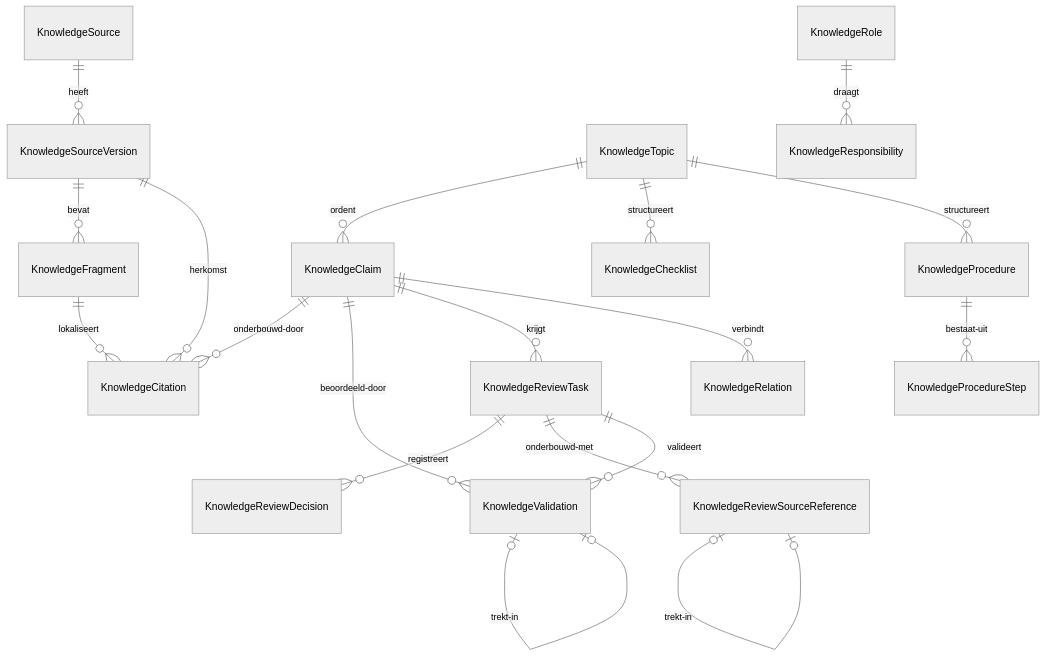
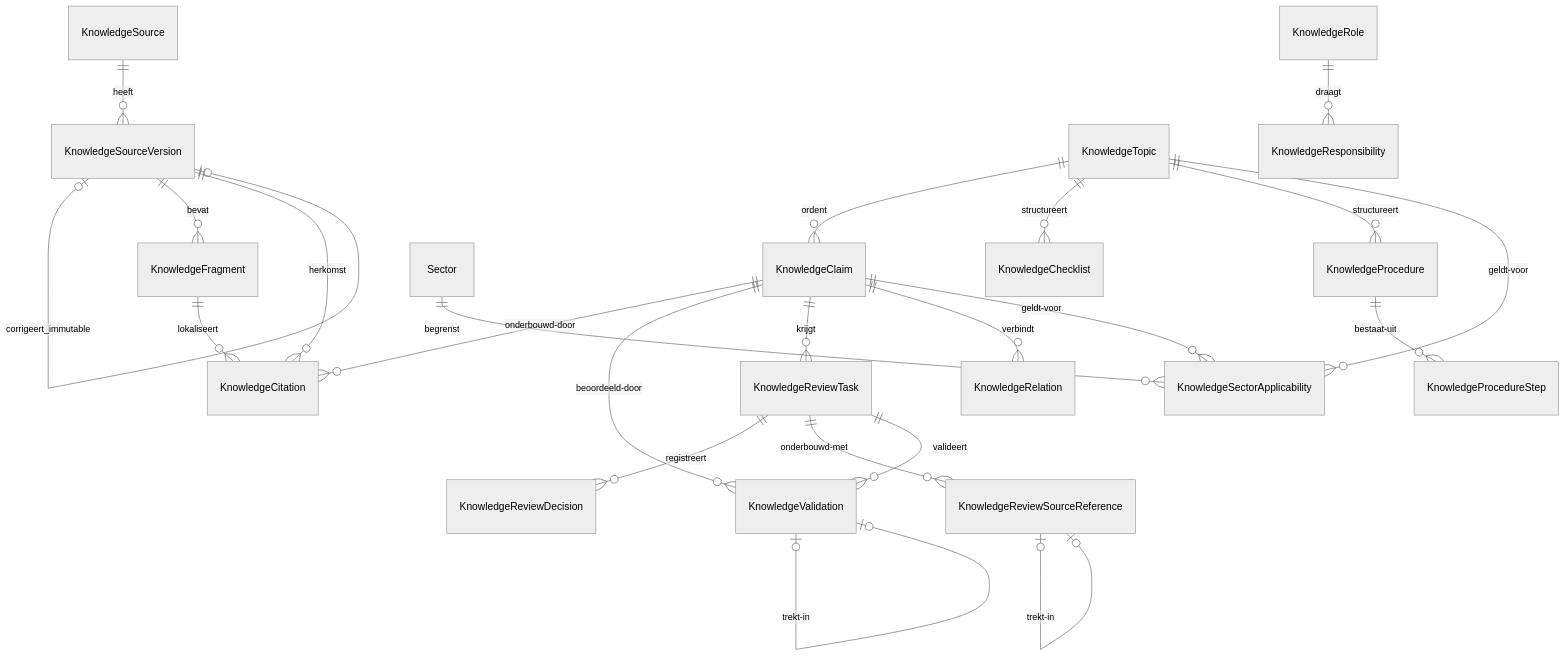
One commit to WorkMatchr/platform changed diagram 18 of 18 in docs/ERD.md. Above: the diagram before and after it, drawn with Mermaid (neutral theme). The commit also changed other lines of this file and 27 other files, not shown here.

````diff
--- a/docs/ERD.md
+++ b/docs/ERD.md
@@ -642,21 +642,25 @@
 ```mermaid
 erDiagram
   KnowledgeSource ||--o{ KnowledgeSourceVersion : heeft
+  KnowledgeSourceVersion o|--o| KnowledgeSourceVersion : corrigeert_immutable
   KnowledgeSourceVersion ||--o{ KnowledgeFragment : bevat
   KnowledgeTopic ||--o{ KnowledgeClaim : ordent
   KnowledgeClaim ||--o{ KnowledgeCitation : onderbouwd-door
   KnowledgeSourceVersion ||--o{ KnowledgeCitation : herkomst
   KnowledgeFragment ||--o{ KnowledgeCitation : lokaliseert
   KnowledgeClaim ||--o{ KnowledgeValidation : beoordeeld-door
   KnowledgeClaim ||--o{ KnowledgeReviewTask : krijgt
   KnowledgeReviewTask ||--o{ KnowledgeReviewDecision : registreert
   KnowledgeReviewTask ||--o{ KnowledgeReviewSourceReference : onderbouwd-met
   KnowledgeReviewTask ||--o{ KnowledgeValidation : valideert
   KnowledgeValidation o|--o| KnowledgeValidation : trekt-in
   KnowledgeReviewSourceReference o|--o| KnowledgeReviewSourceReference : trekt-in
   KnowledgeClaim ||--o{ KnowledgeRelation : verbindt
   KnowledgeTopic ||--o{ KnowledgeChecklist : structureert
   KnowledgeTopic ||--o{ KnowledgeProcedure : structureert
+  Sector ||--o{ KnowledgeSectorApplicability : begrenst
+  KnowledgeTopic ||--o{ KnowledgeSectorApplicability : geldt-voor
+  KnowledgeClaim ||--o{ KnowledgeSectorApplicability : geldt-voor
   KnowledgeProcedure ||--o{ KnowledgeProcedureStep : bestaat-uit
   KnowledgeRole ||--o{ KnowledgeResponsibility : draagt
 ```
````
